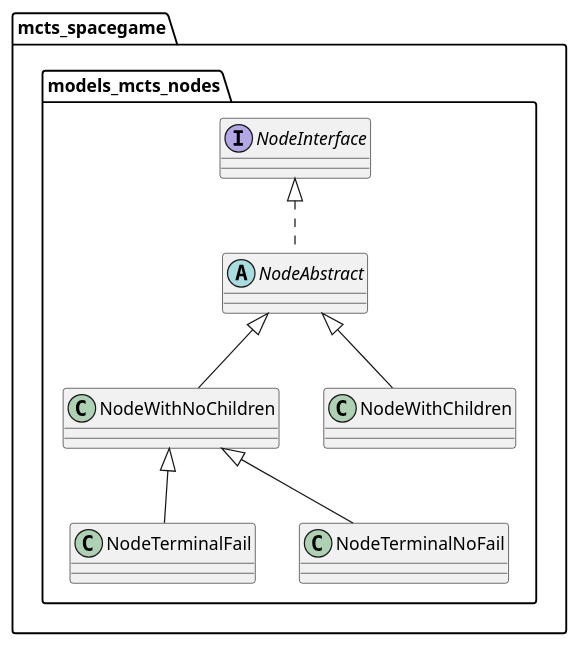
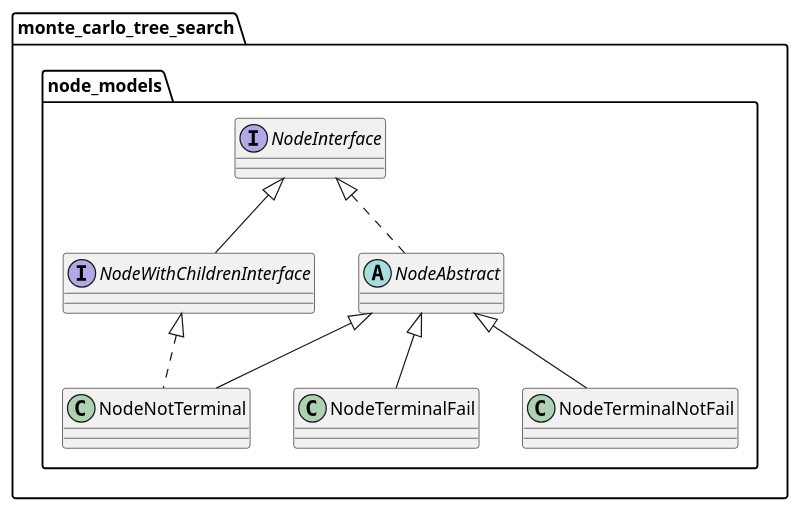
The diagram in src/main/java/monte_carlo_tree_search/node_models/nodes.puml (JonasHellgren/MachineLearning), drawn with PlantUML before and after one commit. The commit also changed 12 other files, not shown here.

```diff
--- a/src/main/java/monte_carlo_tree_search/node_models/nodes.puml
+++ b/src/main/java/monte_carlo_tree_search/node_models/nodes.puml
@@ -1,21 +1,22 @@
 @startuml
-abstract class mcts_spacegame.models_mcts_nodes.NodeAbstract {
+interface monte_carlo_tree_search.node_models.NodeWithChildrenInterface {
 }
-class mcts_spacegame.models_mcts_nodes.NodeWithNoChildren {
+abstract class monte_carlo_tree_search.node_models.NodeAbstract {
 }
-class mcts_spacegame.models_mcts_nodes.NodeWithChildren {
+class monte_carlo_tree_search.node_models.NodeTerminalFail {
 }
-class mcts_spacegame.models_mcts_nodes.NodeTerminalFail {
+interface monte_carlo_tree_search.node_models.NodeInterface {
 }
-interface mcts_spacegame.models_mcts_nodes.NodeInterface {
+class monte_carlo_tree_search.node_models.NodeTerminalNotFail {
 }
-class mcts_spacegame.models_mcts_nodes.NodeTerminalNoFail {
+class monte_carlo_tree_search.node_models.NodeNotTerminal {
 }
 
 
-mcts_spacegame.models_mcts_nodes.NodeInterface <|.. mcts_spacegame.models_mcts_nodes.NodeAbstract
-mcts_spacegame.models_mcts_nodes.NodeAbstract <|-- mcts_spacegame.models_mcts_nodes.NodeWithNoChildren
-mcts_spacegame.models_mcts_nodes.NodeAbstract <|-- mcts_spacegame.models_mcts_nodes.NodeWithChildren
-mcts_spacegame.models_mcts_nodes.NodeWithNoChildren <|-- mcts_spacegame.models_mcts_nodes.NodeTerminalFail
-mcts_spacegame.models_mcts_nodes.NodeWithNoChildren <|-- mcts_spacegame.models_mcts_nodes.NodeTerminalNoFail
+monte_carlo_tree_search.node_models.NodeInterface <|-- monte_carlo_tree_search.node_models.NodeWithChildrenInterface
+monte_carlo_tree_search.node_models.NodeInterface <|.. monte_carlo_tree_search.node_models.NodeAbstract
+monte_carlo_tree_search.node_models.NodeAbstract <|-- monte_carlo_tree_search.node_models.NodeTerminalFail
+monte_carlo_tree_search.node_models.NodeAbstract <|-- monte_carlo_tree_search.node_models.NodeTerminalNotFail
+monte_carlo_tree_search.node_models.NodeWithChildrenInterface <|.. monte_carlo_tree_search.node_models.NodeNotTerminal
+monte_carlo_tree_search.node_models.NodeAbstract <|-- monte_carlo_tree_search.node_models.NodeNotTerminal
 @enduml
```
